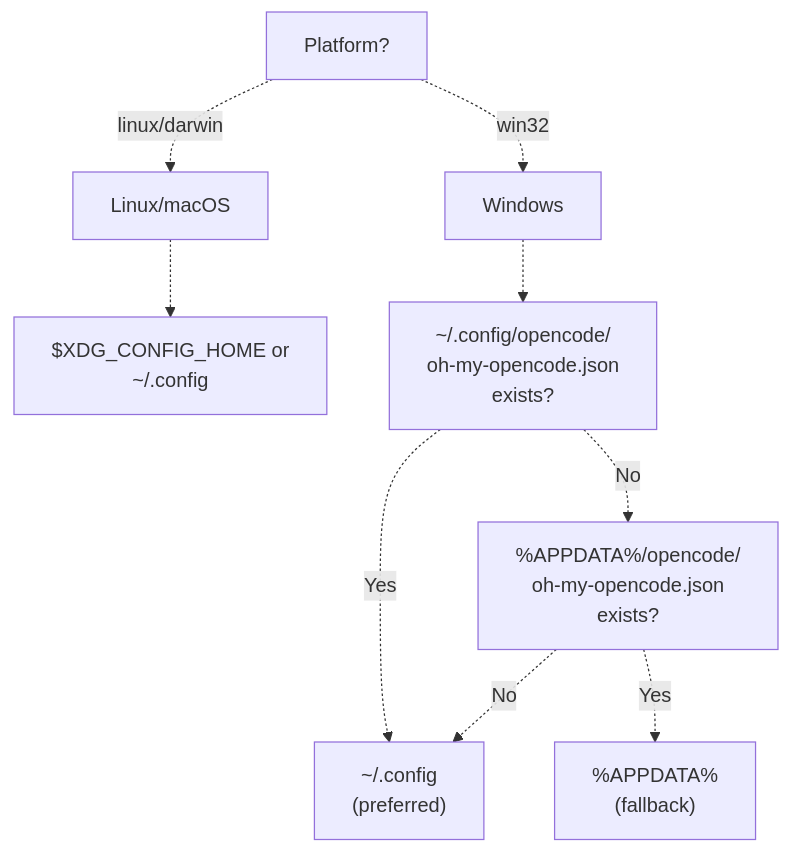
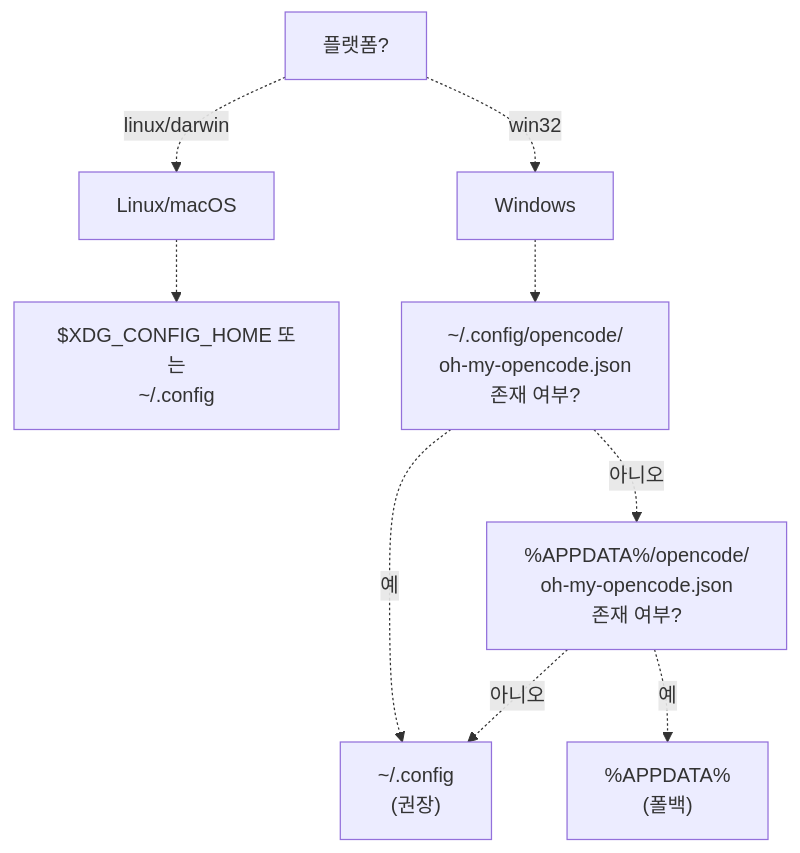
The sixth of 6 diagrams in docs/getting-started/installation.md (felipetruman/oh-my-opencode-docs), drawn with Mermaid before and after one commit. The commit also changed other lines of this file and 76 other files, not shown here.

````diff
--- a/docs/getting-started/installation.md
+++ b/docs/getting-started/installation.md
@@ -378,21 +378,21 @@
 ```mermaid
 flowchart TD
 
-Platform["Platform?"]
+Platform["플랫폼?"]
 Unix["Linux/macOS"]
 Windows["Windows"]
-UnixPath["$XDG_CONFIG_HOME or<br>~/.config"]
-WinCrossPlatform["~/.config<br>(preferred)"]
-WinAppData["%APPDATA%<br>(fallback)"]
-CheckCross["~/.config/opencode/<br>oh-my-opencode.json<br>exists?"]
-CheckApp["%APPDATA%/opencode/<br>oh-my-opencode.json<br>exists?"]
+UnixPath["$XDG_CONFIG_HOME 또는<br>~/.config"]
+WinCrossPlatform["~/.config<br>(권장)"]
+WinAppData["%APPDATA%<br>(폴백)"]
+CheckCross["~/.config/opencode/<br>oh-my-opencode.json<br>존재 여부?"]
+CheckApp["%APPDATA%/opencode/<br>oh-my-opencode.json<br>존재 여부?"]
 
 Platform -.->|"linux/darwin"| Unix
 Platform -.->|"win32"| Windows
 Unix -.-> UnixPath
 Windows -.-> CheckCross
-CheckCross -.->|"Yes"| WinCrossPlatform
-CheckCross -.->|"No"| CheckApp
-CheckApp -.->|"Yes"| WinAppData
-CheckApp -.->|"No"| WinCrossPlatform
+CheckCross -.->|"예"| WinCrossPlatform
+CheckCross -.->|"아니오"| CheckApp
+CheckApp -.->|"예"| WinAppData
+CheckApp -.->|"아니오"| WinCrossPlatform
 ```
````
